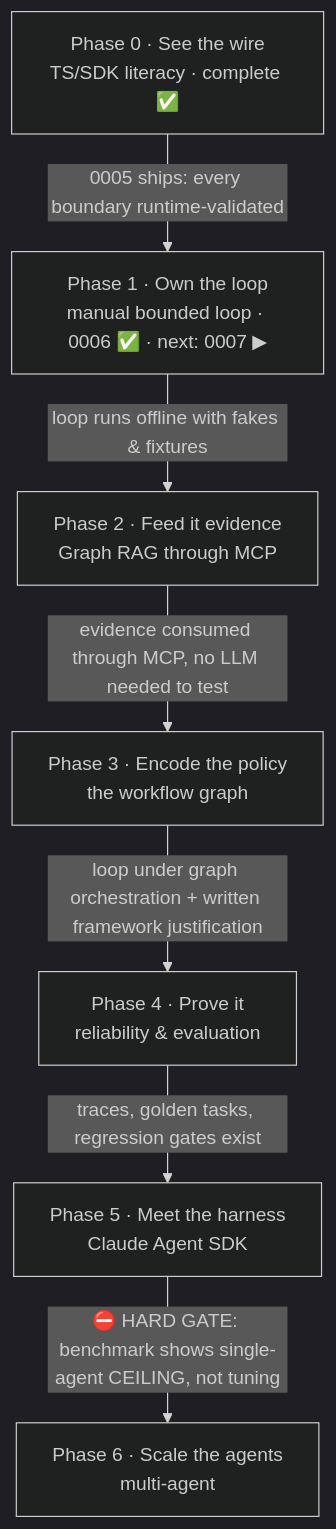
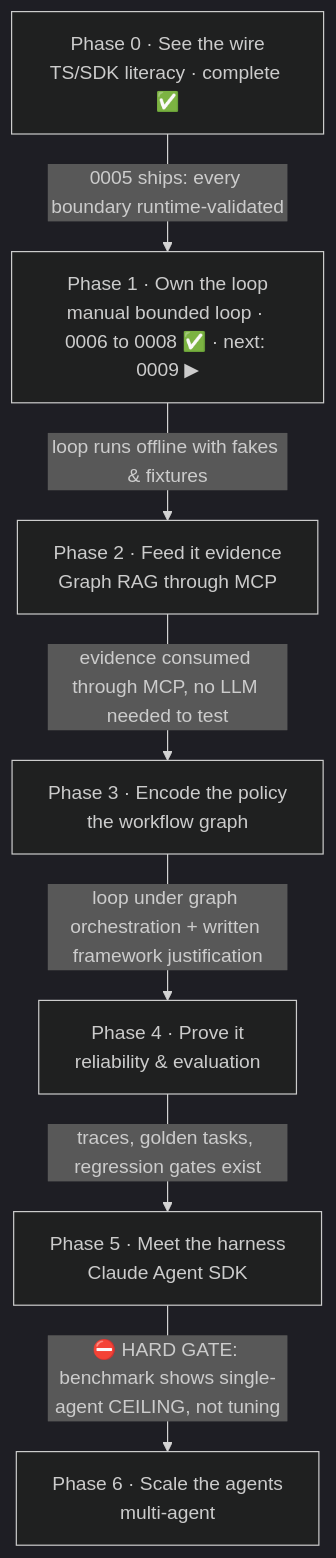
Before and after one commit to JozsefKiss90/TS: the first of 4 diagrams in wiki/course/course-module-graph.md, drawn with Mermaid (dark theme). The commit also changed other lines of this file and 22 other files, not shown here.

````diff
--- a/wiki/course/course-module-graph.md
+++ b/wiki/course/course-module-graph.md
@@ -17,16 +17,16 @@
 ```mermaid
 flowchart TD
     P0["Phase 0 · See the wire<br/>TS/SDK literacy · complete ✅"]
-    P1["Phase 1 · Own the loop<br/>manual bounded loop · 0006 ✅ · next: 0007 ▶"]
+    P1["Phase 1 · Own the loop<br/>manual bounded loop · 0006 to 0008 ✅ · next: 0009 ▶"]
     P2["Phase 2 · Feed it evidence<br/>Graph RAG through MCP"]
     P3["Phase 3 · Encode the policy<br/>the workflow graph"]
     P4["Phase 4 · Prove it<br/>reliability & evaluation"]
     P5["Phase 5 · Meet the harness<br/>Claude Agent SDK"]
     P6["Phase 6 · Scale the agents<br/>multi-agent"]
     P0 -->|"0005 ships: every boundary runtime-validated"| P1
     P1 -->|"loop runs offline with fakes & fixtures"| P2
     P2 -->|"evidence consumed through MCP, no LLM needed to test"| P3
     P3 -->|"loop under graph orchestration + written framework justification"| P4
     P4 -->|"traces, golden tasks, regression gates exist"| P5
     P5 -->|"⛔ HARD GATE: benchmark shows single-agent CEILING, not tuning"| P6
 ```
````
